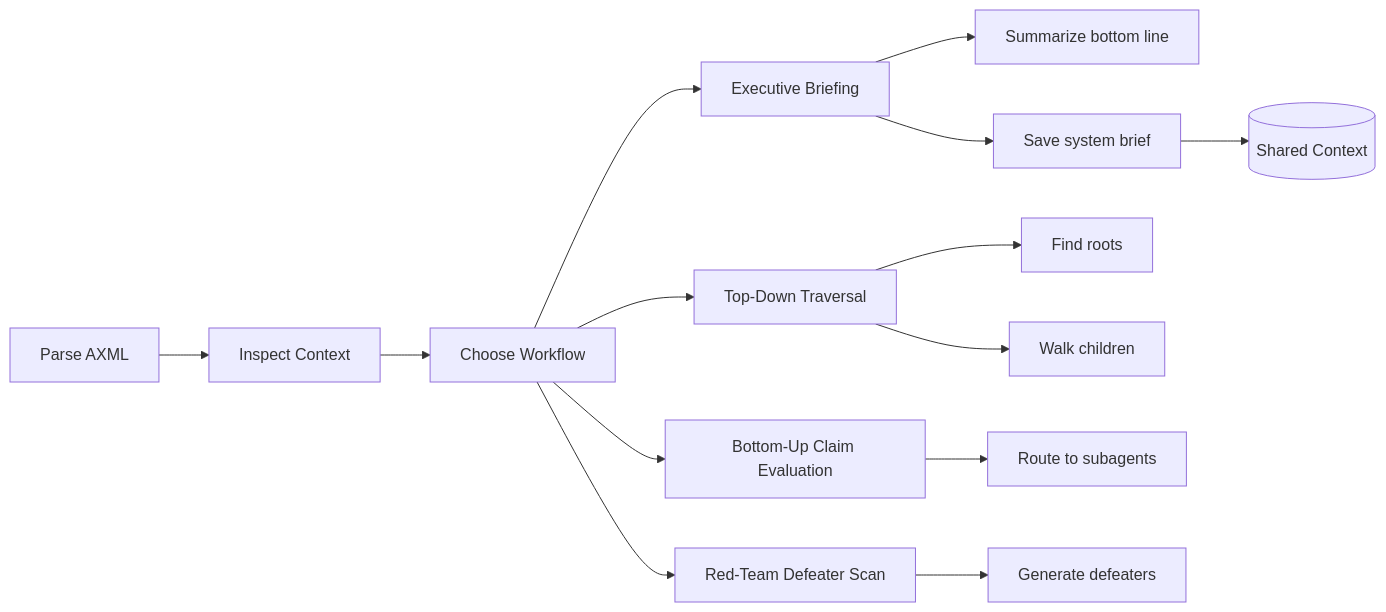
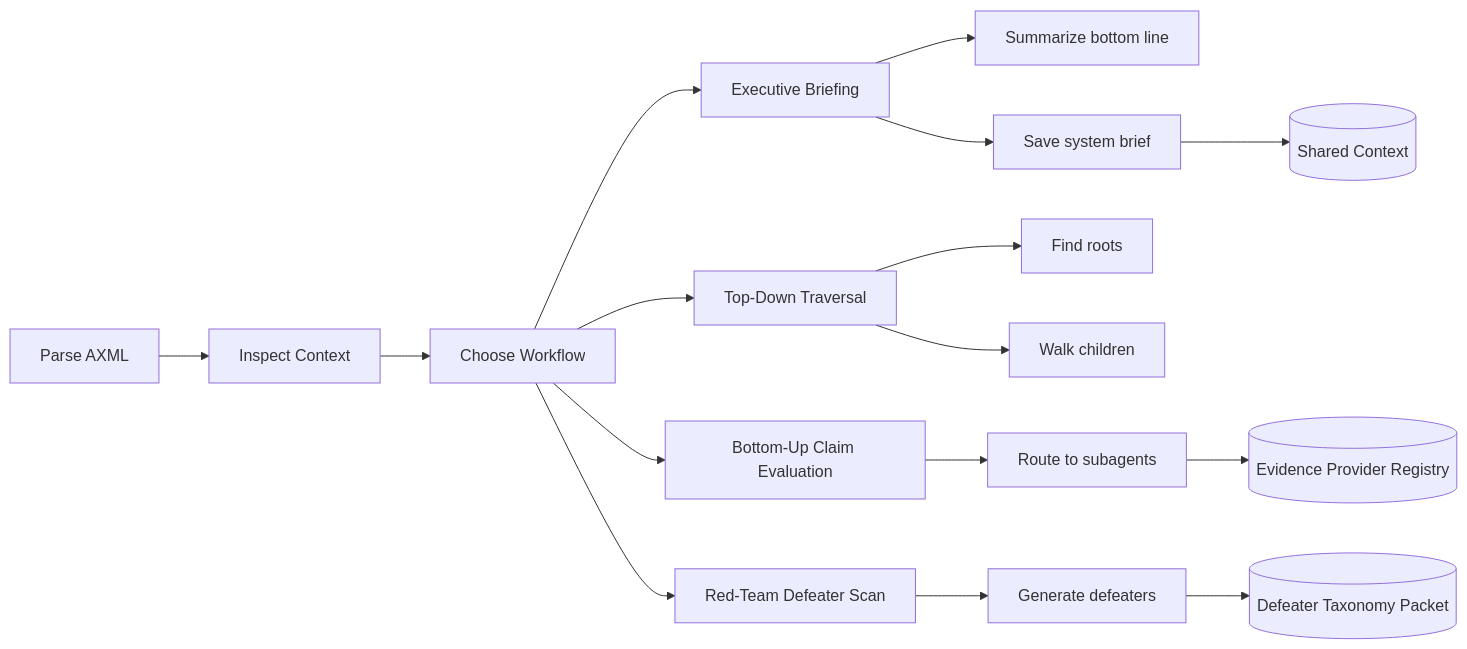
One commit to beLizzard1/AgenticAssuranceCases changed the first of 2 diagrams in README.md. Above: the diagram before and after it, drawn with Mermaid. The commit also changed other lines of this file and 34 other files, not shown here.

````diff
--- a/README.md
+++ b/README.md
@@ -16,18 +17,20 @@
 ```mermaid
 flowchart LR
   A[Parse AXML] --> B[Inspect Context]
   B --> C[Choose Workflow]
   C --> D1[Executive Briefing]
   C --> D2[Top-Down Traversal]
   C --> D3[Bottom-Up Claim Evaluation]
   C --> D4[Red-Team Defeater Scan]
 
   D1 --> E1[Summarize bottom line]
   D1 --> E2[Save system brief]
   D2 --> E3[Find roots]
   D2 --> E4[Walk children]
   D3 --> E5[Route to subagents]
   D4 --> E6[Generate defeaters]
 
   E2 --> F[(Shared Context)]
+  E5 --> G[(Evidence Provider Registry)]
+  E6 --> H[(Defeater Taxonomy Packet)]
 ```
````
